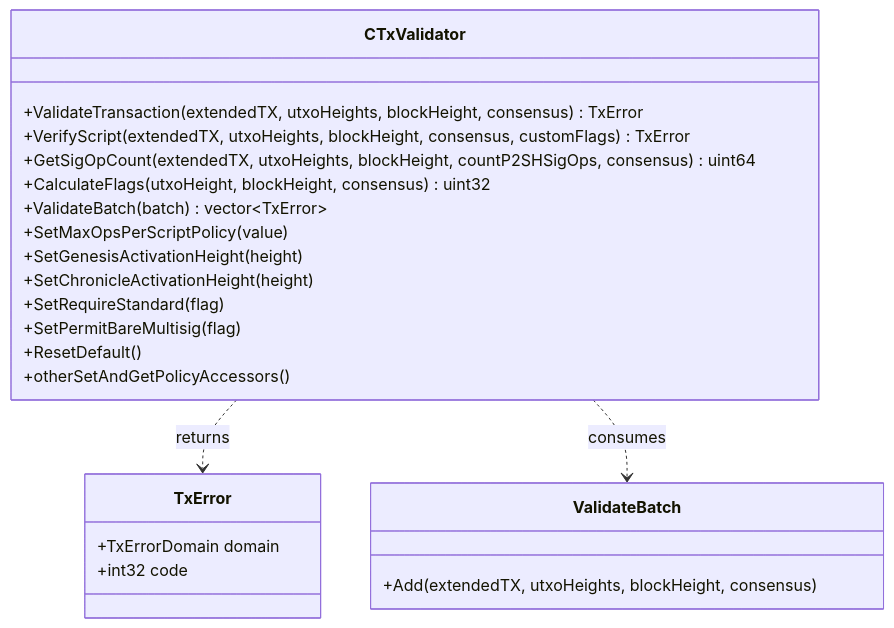
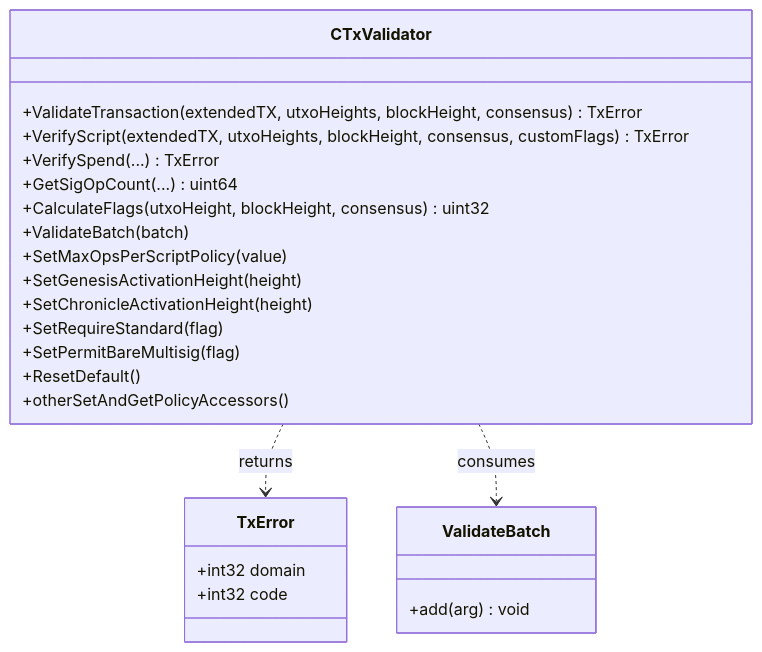
Before and after one commit to bitcoin-sv/bdk: the diagram in documentation/docs/ObjectModel.md, drawn with Mermaid. The commit also changed other lines of this file and 9 other files, not shown here.

````diff
--- a/documentation/docs/ObjectModel.md
+++ b/documentation/docs/ObjectModel.md
@@ -29,26 +38,27 @@
 ```mermaid
 classDiagram
     class CTxValidator {
         +ValidateTransaction(extendedTX, utxoHeights, blockHeight, consensus) TxError
         +VerifyScript(extendedTX, utxoHeights, blockHeight, consensus, customFlags) TxError
-        +GetSigOpCount(extendedTX, utxoHeights, blockHeight, countP2SHSigOps, consensus) uint64
+        +VerifySpend(...) TxError
+        +GetSigOpCount(...) uint64
         +CalculateFlags(utxoHeight, blockHeight, consensus) uint32
-        +ValidateBatch(batch) vector~TxError~
+        +ValidateBatch(batch)
         +SetMaxOpsPerScriptPolicy(value)
         +SetGenesisActivationHeight(height)
         +SetChronicleActivationHeight(height)
         +SetRequireStandard(flag)
         +SetPermitBareMultisig(flag)
         +ResetDefault()
         +otherSetAndGetPolicyAccessors()
     }
     class TxError {
-        +TxErrorDomain domain
+        +int32 domain
         +int32 code
     }
     class ValidateBatch {
-        +Add(extendedTX, utxoHeights, blockHeight, consensus)
+        +add(arg) void
     }
     CTxValidator ..> TxError : returns
     CTxValidator ..> ValidateBatch : consumes
 ```
````
